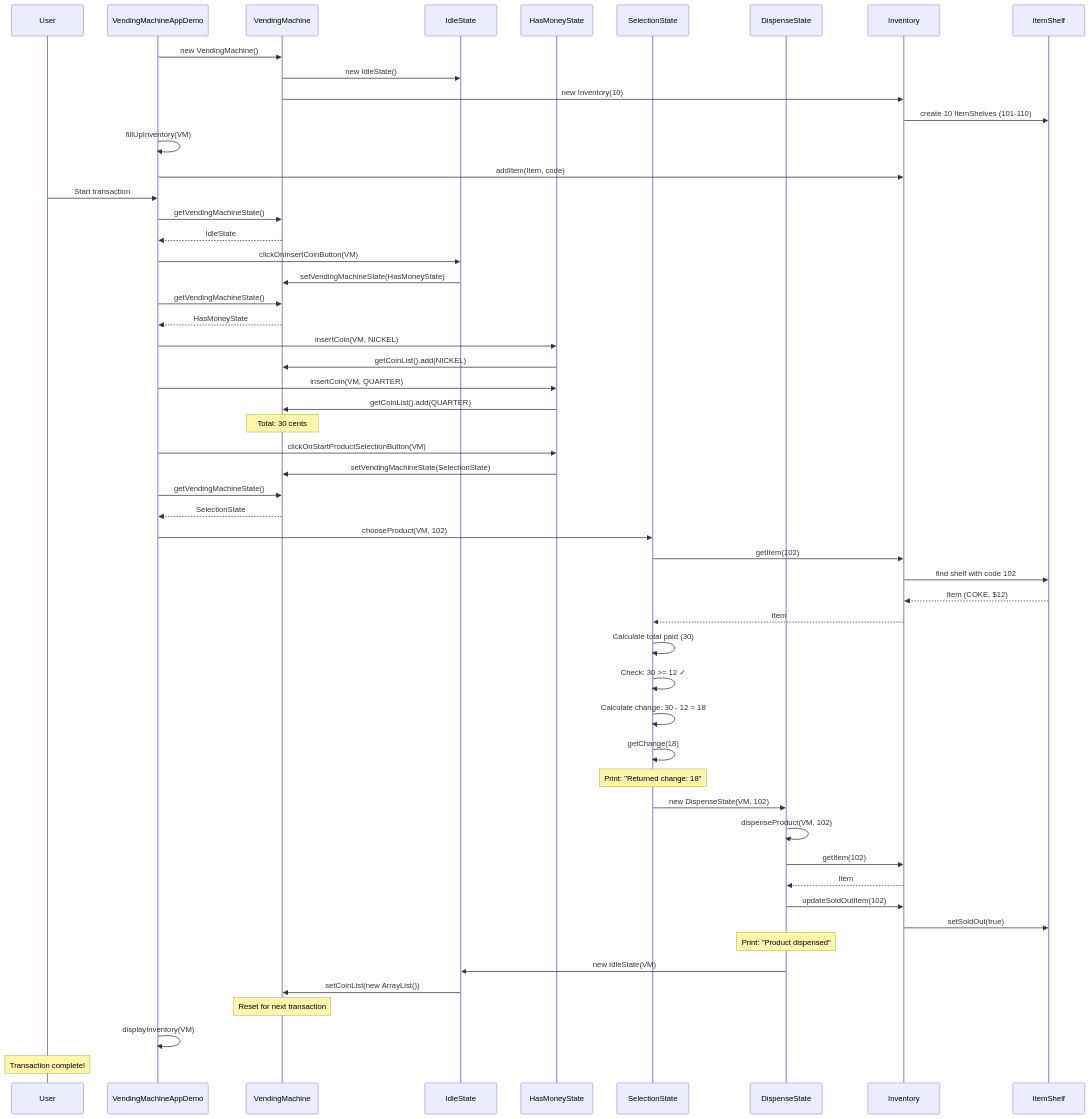
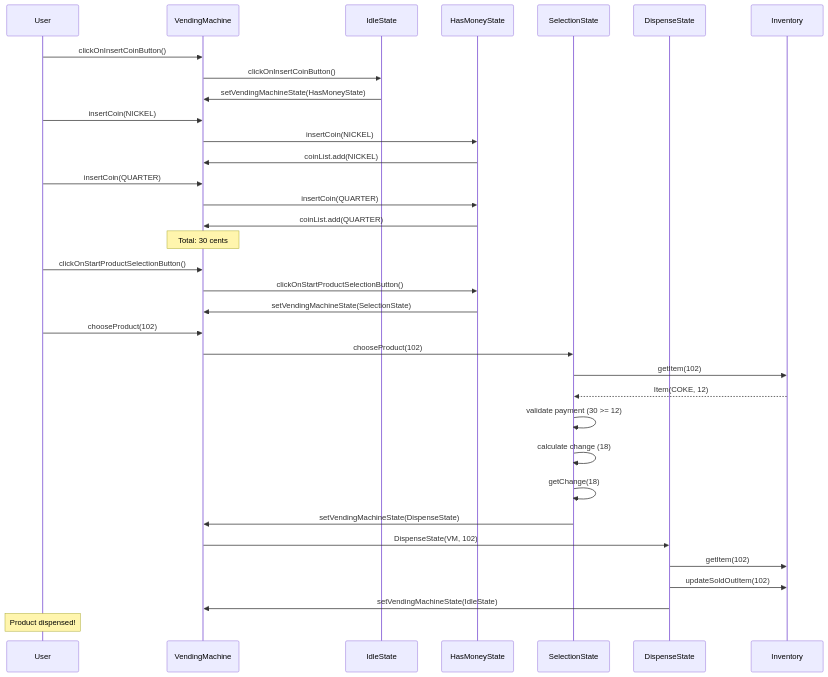
Before and after one commit to saikrishnareddy1731/Vending-machine-: the third of 3 diagrams in README.md, drawn with Mermaid. The commit also changed other lines of this file, not shown here.

````diff
--- a/README.md
+++ b/README.md
@@ -340,66 +269,42 @@
 ```mermaid
 sequenceDiagram
     participant User
-    participant Demo as VendingMachineAppDemo
     participant VM as VendingMachine
     participant IS as IdleState
     participant HMS as HasMoneyState
     participant SS as SelectionState
     participant DS as DispenseState
     participant Inv as Inventory
-    participant Shelf as ItemShelf
 
-    Demo->>VM: new VendingMachine()
-    VM->>IS: new IdleState()
-    VM->>Inv: new Inventory(10)
-    Inv->>Shelf: create 10 ItemShelves (101-110)
-
-    Demo->>Demo: fillUpInventory(VM)
-    Demo->>Inv: addItem(Item, code)
-    
-    User->>Demo: Start transaction
-    Demo->>VM: getVendingMachineState()
-    VM-->>Demo: IdleState
-    Demo->>IS: clickOnInsertCoinButton(VM)
+    User->>VM: clickOnInsertCoinButton()
+    VM->>IS: clickOnInsertCoinButton()
     IS->>VM: setVendingMachineState(HasMoneyState)
     
-    Demo->>VM: getVendingMachineState()
-    VM-->>Demo: HasMoneyState
-    Demo->>HMS: insertCoin(VM, NICKEL)
-    HMS->>VM: getCoinList().add(NICKEL)
-    Demo->>HMS: insertCoin(VM, QUARTER)
-    HMS->>VM: getCoinList().add(QUARTER)
+    User->>VM: insertCoin(NICKEL)
+    VM->>HMS: insertCoin(NICKEL)
+    HMS->>VM: coinList.add(NICKEL)
+    
+    User->>VM: insertCoin(QUARTER)
+    VM->>HMS: insertCoin(QUARTER)
+    HMS->>VM: coinList.add(QUARTER)
     Note over VM: Total: 30 cents
     
-    Demo->>HMS: clickOnStartProductSelectionButton(VM)
+    User->>VM: clickOnStartProductSelectionButton()
+    VM->>HMS: clickOnStartProductSelectionButton()
     HMS->>VM: setVendingMachineState(SelectionState)
     
-    Demo->>VM: getVendingMachineState()
-    VM-->>Demo: SelectionState
-    Demo->>SS: chooseProduct(VM, 102)
+    User->>VM: chooseProduct(102)
+    VM->>SS: chooseProduct(102)
     SS->>Inv: getItem(102)
-    Inv->>Shelf: find shelf with code 102
-    Shelf-->>Inv: Item (COKE, $12)
-    Inv-->>SS: Item
+    Inv-->>SS: Item(COKE, 12)
+    SS->>SS: validate payment (30 >= 12)
+    SS->>SS: calculate change (18)
+    SS->>SS: getChange(18)
+    SS->>VM: setVendingMachineState(DispenseState)
     
-    SS->>SS: Calculate total paid (30)
-    SS->>SS: Check: 30 >= 12 ✓
-    SS->>SS: Calculate change: 30 - 12 = 18
-    SS->>SS: getChange(18)
-    Note over SS: Print: "Returned change: 18"
-    
-    SS->>DS: new DispenseState(VM, 102)
-    DS->>DS: dispenseProduct(VM, 102)
+    VM->>DS: DispenseState(VM, 102)
     DS->>Inv: getItem(102)
-    Inv-->>DS: Item
     DS->>Inv: updateSoldOutItem(102)
-    Inv->>Shelf: setSoldOut(true)
-    Note over DS: Print: "Product dispensed"
-    
-    DS->>IS: new IdleState(VM)
-    IS->>VM: setCoinList(new ArrayList())
-    Note over VM: Reset for next transaction
-    
-    Demo->>Demo: displayInventory(VM)
-    Note over User: Transaction complete!
+    DS->>VM: setVendingMachineState(IdleState)
+    Note over User: Product dispensed!
 ```
````
